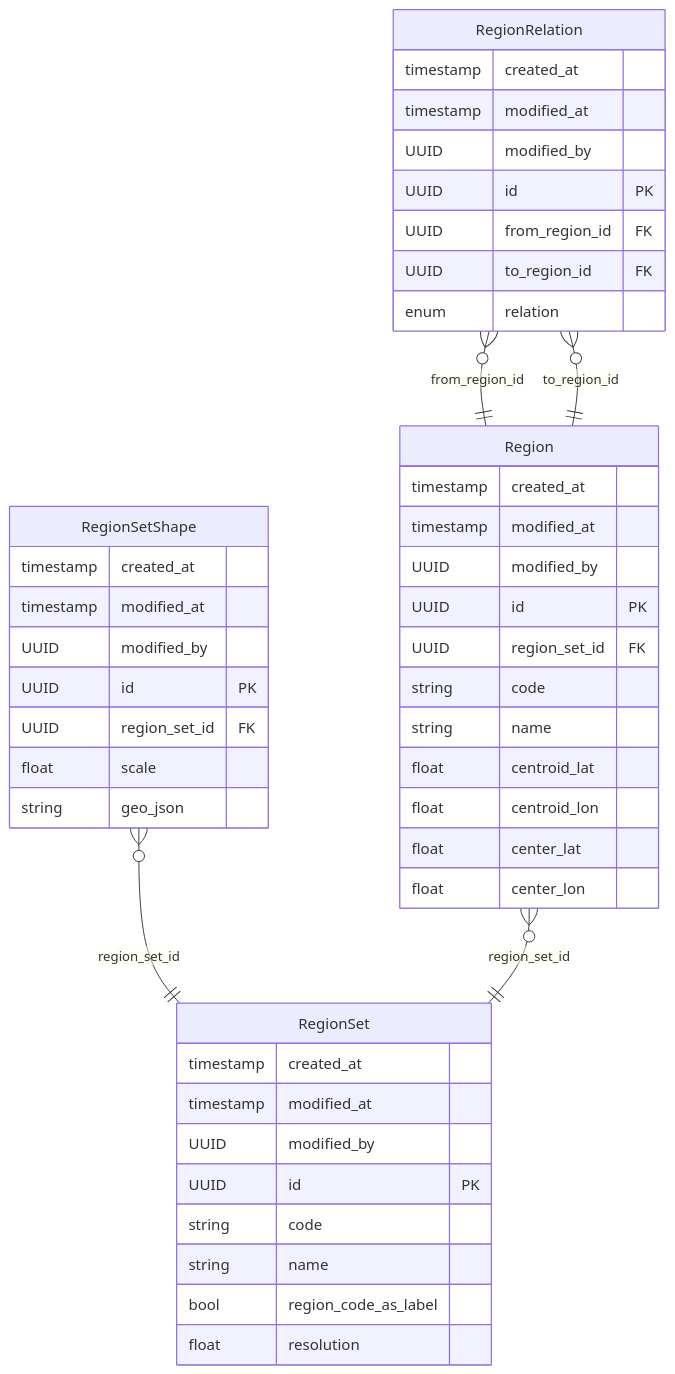
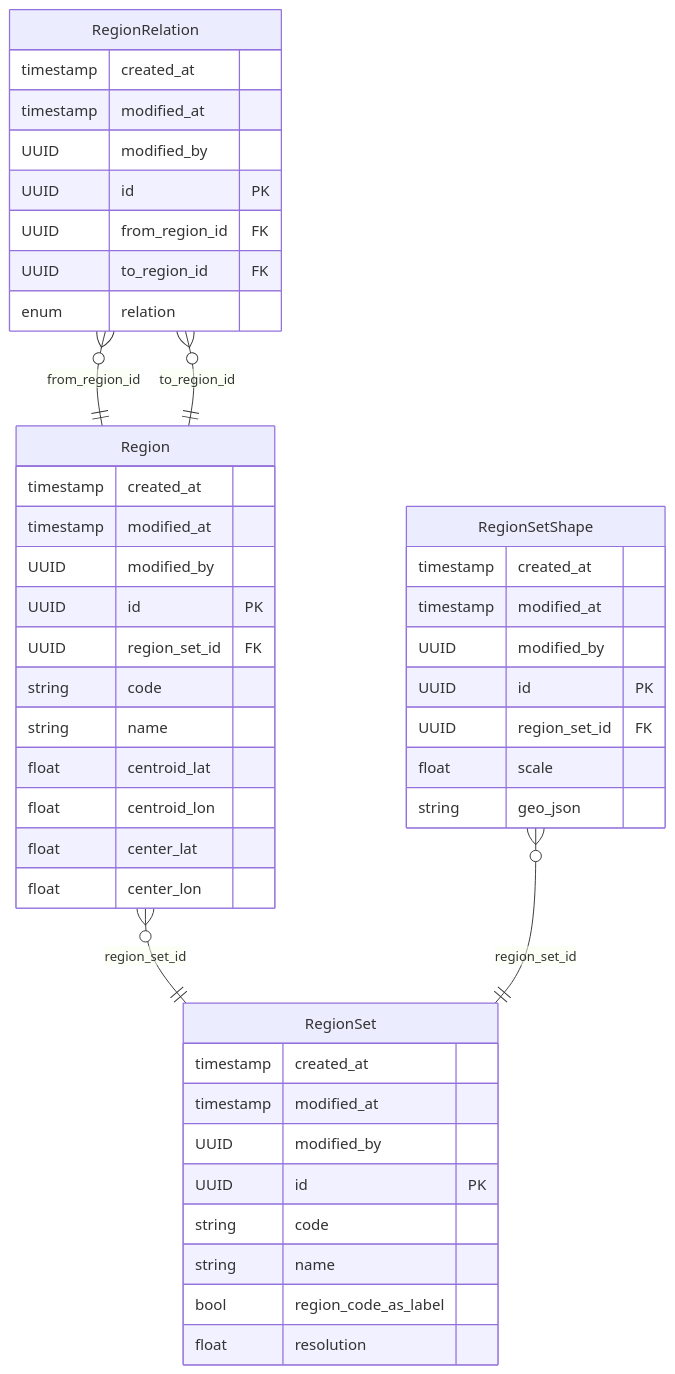
One commit to RIVM-bioinformatics/gen-epix-api changed the diagram in docs/erm/casedb.geo.detailed.md. Above: the diagram before and after it, drawn with Mermaid. The commit also changed other lines of this file and 53 other files, not shown here.

Commit message:
feat: fastapp Domain.get_dag_sorted_services and Entity.topological_sort added fix: fastapp Domain.get_dag_sorted_entities/models fixed refactor: generation of mermaid ERM diagrams done in reproducible DAG order rather than random order

````diff
--- a/docs/erm/casedb.geo.detailed.md
+++ b/docs/erm/casedb.geo.detailed.md
@@ -5,57 +5,57 @@
 ```mermaid
 erDiagram
     %% casedb / GEO (detailed)
 
     %% Relationships
+    Region }o--|| RegionSet : "region_set_id"
+    RegionSetShape }o--|| RegionSet : "region_set_id"
     RegionRelation }o--|| Region : "from_region_id"
     RegionRelation }o--|| Region : "to_region_id"
-    RegionSetShape }o--|| RegionSet : "region_set_id"
-    Region }o--|| RegionSet : "region_set_id"
 
     %% Entity definitions
-    RegionRelation {
-        timestamp created_at
-        timestamp modified_at
-        UUID modified_by
-        UUID id PK
-        UUID from_region_id FK
-        UUID to_region_id FK
-        enum relation
-    }
-
     RegionSet {
         timestamp created_at
         timestamp modified_at
         UUID modified_by
         UUID id PK
         string code
         string name
         bool region_code_as_label
         float resolution
-    }
-
-    RegionSetShape {
-        timestamp created_at
-        timestamp modified_at
-        UUID modified_by
-        UUID id PK
-        UUID region_set_id FK
-        float scale
-        string geo_json
     }
 
     Region {
         timestamp created_at
         timestamp modified_at
         UUID modified_by
         UUID id PK
         UUID region_set_id FK
         string code
         string name
         float centroid_lat
         float centroid_lon
         float center_lat
         float center_lon
     }
 
+    RegionSetShape {
+        timestamp created_at
+        timestamp modified_at
+        UUID modified_by
+        UUID id PK
+        UUID region_set_id FK
+        float scale
+        string geo_json
+    }
+
+    RegionRelation {
+        timestamp created_at
+        timestamp modified_at
+        UUID modified_by
+        UUID id PK
+        UUID from_region_id FK
+        UUID to_region_id FK
+        enum relation
+    }
+
 ```
````
